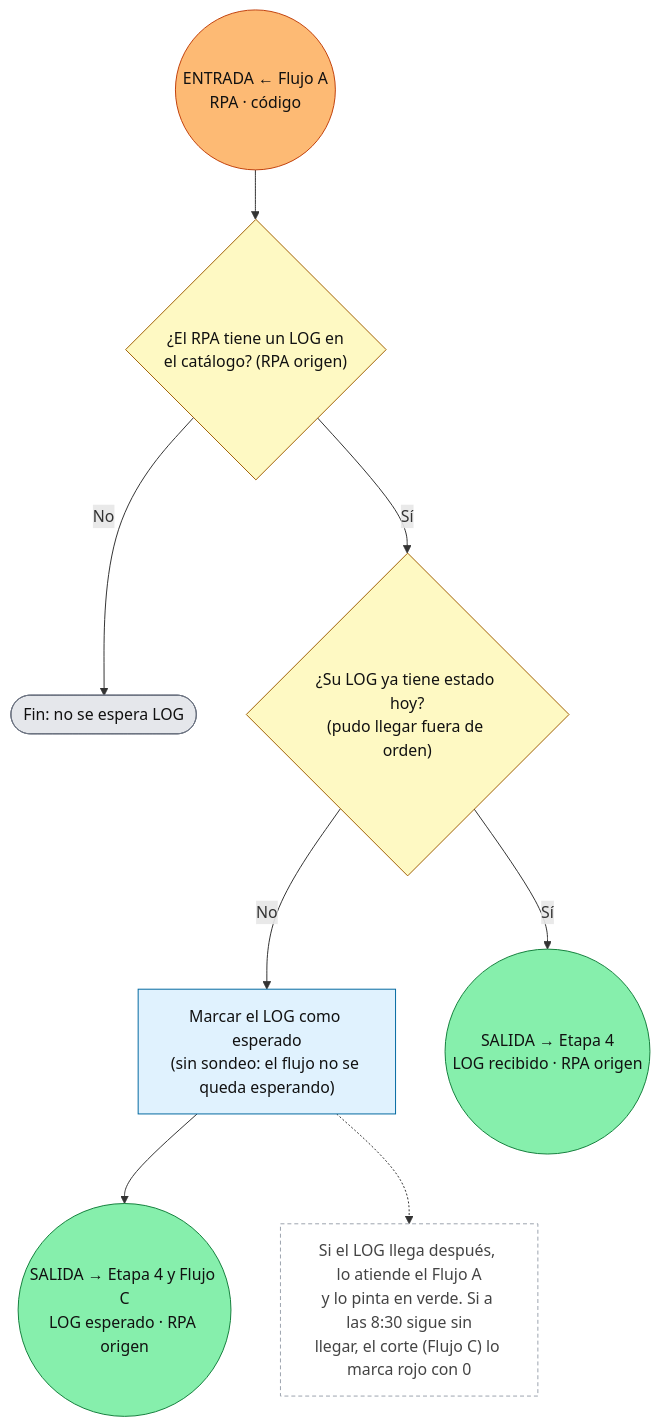
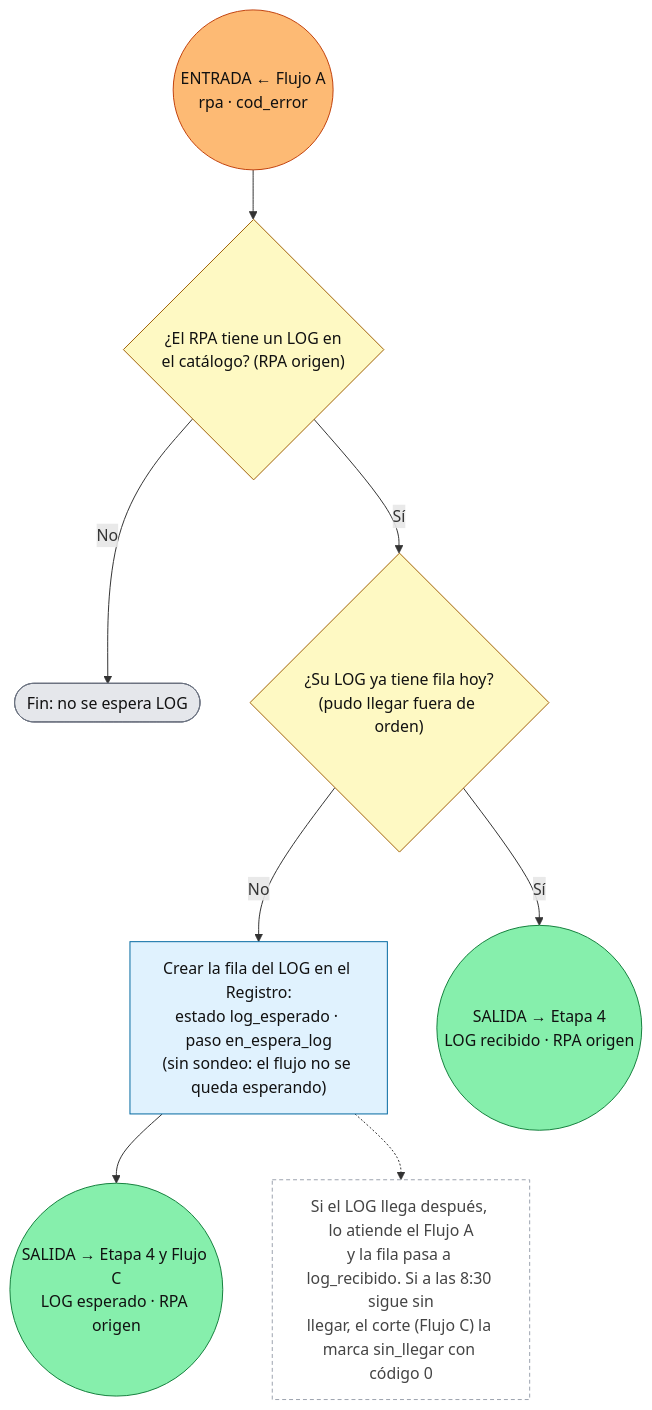
Before and after one commit to juanromerov/champions-rpa-mx: the diagram in etapa2-lectura-correos/flujo2b-log.md, drawn with Mermaid. The commit also changed other lines of this file and 5 other files, not shown here.

````diff
--- a/etapa2-lectura-correos/flujo2b-log.md
+++ b/etapa2-lectura-correos/flujo2b-log.md
@@ -5,25 +5,25 @@
 ```mermaid
 flowchart TD
     classDef entrada fill:#fdba74,stroke:#c2410c,color:#111
     classDef salida fill:#86efac,stroke:#15803d,color:#111
     classDef paso fill:#e0f2fe,stroke:#0369a1,color:#111
     classDef decision fill:#fef9c3,stroke:#a16207,color:#111
     classDef gris fill:#e5e7eb,stroke:#6b7280,color:#111
     classDef nota fill:#fff,stroke:#9ca3af,color:#444,stroke-dasharray:4 3
 
-    IN(("ENTRADA ← Flujo A<br/>RPA · código")):::entrada
+    IN(("ENTRADA ← Flujo A<br/>rpa · cod_error")):::entrada
     TIENE{"¿El RPA tiene un LOG en<br/>el catálogo? (RPA origen)"}:::decision
     FIN(["Fin: no se espera LOG"]):::gris
-    YA{"¿Su LOG ya tiene estado hoy?<br/>(pudo llegar fuera de orden)"}:::decision
-    ESP["Marcar el LOG como esperado<br/>(sin sondeo: el flujo no se queda esperando)"]:::paso
-    NOTA["Si el LOG llega después, lo atiende el Flujo A<br/>y lo pinta en verde. Si a las 8:30 sigue sin<br/>llegar, el corte (Flujo C) lo marca rojo con 0"]:::nota
+    YA{"¿Su LOG ya tiene fila hoy?<br/>(pudo llegar fuera de orden)"}:::decision
+    ESP["Crear la fila del LOG en el Registro:<br/>estado log_esperado · paso en_espera_log<br/>(sin sondeo: el flujo no se queda esperando)"]:::paso
+    NOTA["Si el LOG llega después, lo atiende el Flujo A<br/>y la fila pasa a log_recibido. Si a las 8:30 sigue sin<br/>llegar, el corte (Flujo C) la marca sin_llegar con código 0"]:::nota
     OUT1(("SALIDA → Etapa 4<br/>LOG recibido · RPA origen")):::salida
     OUT2(("SALIDA → Etapa 4 y Flujo C<br/>LOG esperado · RPA origen")):::salida
 
     IN --> TIENE
     TIENE -- No --> FIN
     TIENE -- Sí --> YA
     YA -- Sí --> OUT1
     YA -- No --> ESP --> OUT2
     ESP -.-> NOTA
 ```
````
